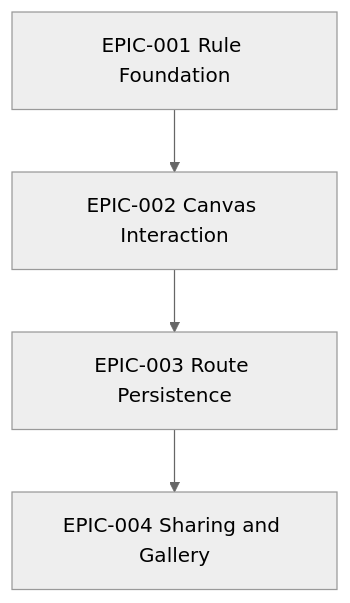
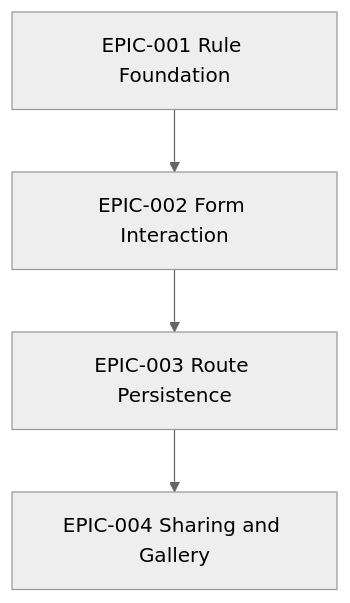
One commit to zhao-wuyan/maestro-wiki changed the diagram in .workflow/blueprint/BLP-canvas-maestro-command-recommender-2026-06-28/epics/_index.md. Above: the diagram before and after it, drawn with Mermaid (neutral theme). The commit also changed other lines of this file and 16 other files, not shown here.

````diff
--- a/.workflow/blueprint/BLP-canvas-maestro-command-recommender-2026-06-28/epics/_index.md
+++ b/.workflow/blueprint/BLP-canvas-maestro-command-recommender-2026-06-28/epics/_index.md
@@ -17,6 +18,6 @@
 ```mermaid
 graph TD
-  E1[EPIC-001 Rule Foundation] --> E2[EPIC-002 Canvas Interaction]
+  E1[EPIC-001 Rule Foundation] --> E2[EPIC-002 Form Interaction]
   E2 --> E3[EPIC-003 Route Persistence]
   E3 --> E4[EPIC-004 Sharing and Gallery]
 ```
````
